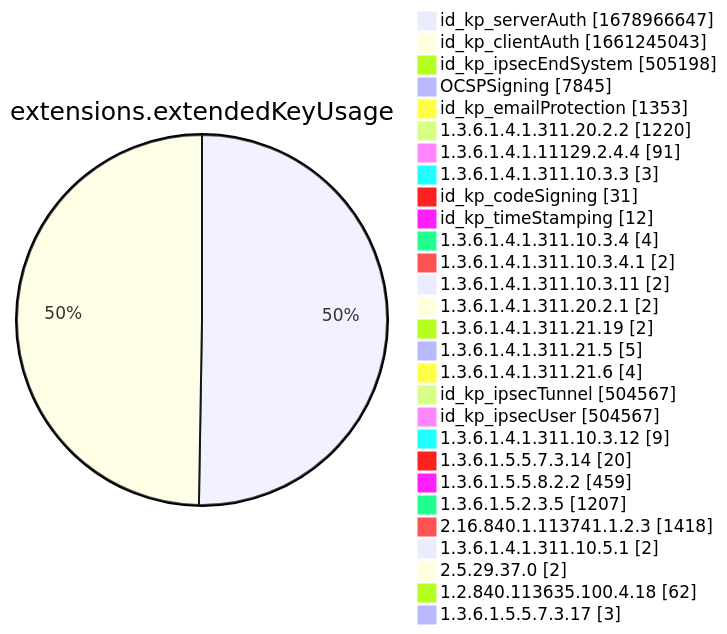
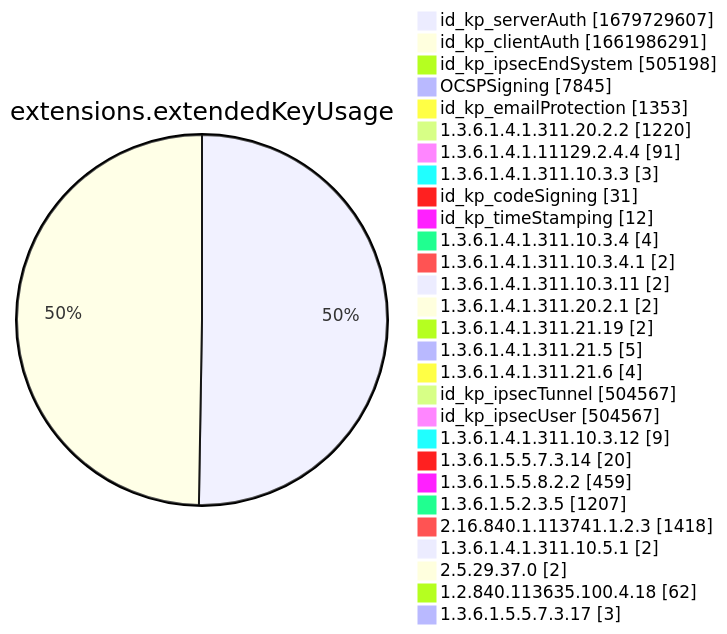
Before and after one commit to christiankrug/ctmonitor_visualization: diagram 12 of 15 in xenon2022/README.md, drawn with Mermaid. The commit also changed other lines of this file, not shown here.

````diff
--- a/xenon2022/README.md
+++ b/xenon2022/README.md
@@ -3888,32 +3888,32 @@
 ```mermaid
 pie showData
 title extensions.extendedKeyUsage
-"id_kp_serverAuth" :1678966647
-"id_kp_clientAuth" :1661245043
+"id_kp_serverAuth" :1679729607
+"id_kp_clientAuth" :1661986291
 "id_kp_ipsecEndSystem" :505198
 "OCSPSigning" :7845
 "id_kp_emailProtection" :1353
 "1.3.6.1.4.1.311.20.2.2" :1220
 "1.3.6.1.4.1.11129.2.4.4" :91
 "1.3.6.1.4.1.311.10.3.3" :3
 "id_kp_codeSigning" :31
 "id_kp_timeStamping" :12
 "1.3.6.1.4.1.311.10.3.4" :4
 "1.3.6.1.4.1.311.10.3.4.1" :2
 "1.3.6.1.4.1.311.10.3.11" :2
 "1.3.6.1.4.1.311.20.2.1" :2
 "1.3.6.1.4.1.311.21.19" :2
 "1.3.6.1.4.1.311.21.5" :5
 "1.3.6.1.4.1.311.21.6" :4
 "id_kp_ipsecTunnel" :504567
 "id_kp_ipsecUser" :504567
 "1.3.6.1.4.1.311.10.3.12" :9
 "1.3.6.1.5.5.7.3.14" :20
 "1.3.6.1.5.5.8.2.2" :459
 "1.3.6.1.5.2.3.5" :1207
 "2.16.840.1.113741.1.2.3" :1418
 "1.3.6.1.4.1.311.10.5.1" :2
 "2.5.29.37.0" :2
 "1.2.840.113635.100.4.18" :62
 "1.3.6.1.5.5.7.3.17" :3
 ```
````
